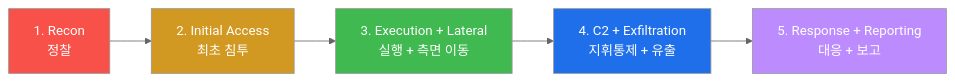
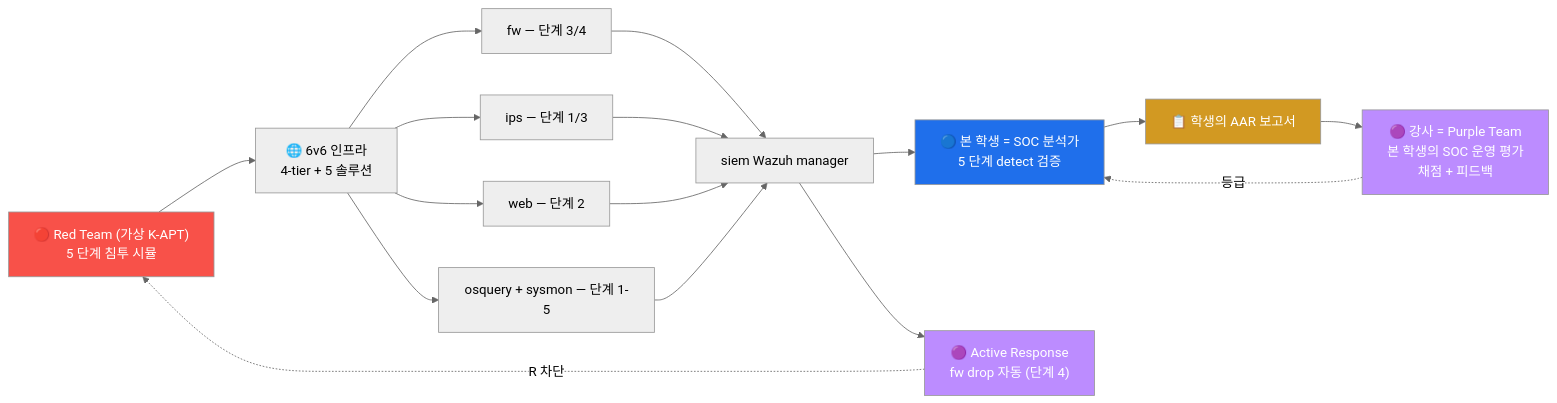
One commit to mrgrit/ccc changed the diagram in contents/standalone/lecture/secuops/week15.md. Above: the diagram before and after it, drawn with Mermaid (neutral theme). The commit also changed other lines of this file, not shown here.

First line of the commit message:
docs(standalone): secuops W15 학생용 교안 전면 재작성 (기말 APT)

````diff
--- a/contents/standalone/lecture/secuops/week15.md
+++ b/contents/standalone/lecture/secuops/week15.md
@@ -35,14 +338,39 @@
 ```mermaid
 graph LR
-    R1[1. Recon<br/>정찰]
-    R2[2. Initial Access<br/>최초 침투]
-    R3[3. Execution + Lateral<br/>실행 + 측면 이동]
-    R4[4. C2 + Exfiltration<br/>지휘통제 + 유출]
-    R5[5. Response + Reporting<br/>대응 + 보고]
-    R1 --> R2 --> R3 --> R4 --> R5
-    style R1 fill:#f85149,color:#fff
-    style R2 fill:#d29922,color:#fff
-    style R3 fill:#3fb950,color:#fff
-    style R4 fill:#1f6feb,color:#fff
-    style R5 fill:#bc8cff,color:#fff
+    R["🔴 Red Team (가상 K-APT)<br/>5 단계 침투 시뮬"]
+
+    INF["🌐 6v6 인프라<br/>4-tier + 5 솔루션"]
+    FW["fw — 단계 3/4"]
+    IPS["ips — 단계 1/3"]
+    WAF["web — 단계 2"]
+    HOST["osquery + sysmon — 단계 1-5"]
+    SIEM["siem Wazuh manager"]
+
+    B["🔵 본 학생 = SOC 분석가<br/>5 단계 detect 검증"]
+    AR["🟣 Active Response<br/>fw drop 자동 (단계 4)"]
+    REP["📋 학생의 AAR 보고서"]
+    PROF["🟣 강사 = Purple Team<br/>본 학생의 SOC 운영 평가<br/>채점 + 피드백"]
+
+    R --> INF
+    INF --> FW
+    INF --> IPS
+    INF --> WAF
+    INF --> HOST
+    FW --> SIEM
+    IPS --> SIEM
+    WAF --> SIEM
+    HOST --> SIEM
+
+    SIEM --> B
+    B --> REP
+    SIEM --> AR
+    AR -.->|R 차단| R
+    REP --> PROF
+    PROF -.->|등급| B
+
+    style R fill:#f85149,color:#fff
+    style B fill:#1f6feb,color:#fff
+    style AR fill:#bc8cff,color:#fff
+    style REP fill:#d29922,color:#fff
+    style PROF fill:#bc8cff,color:#fff
 ```
````
